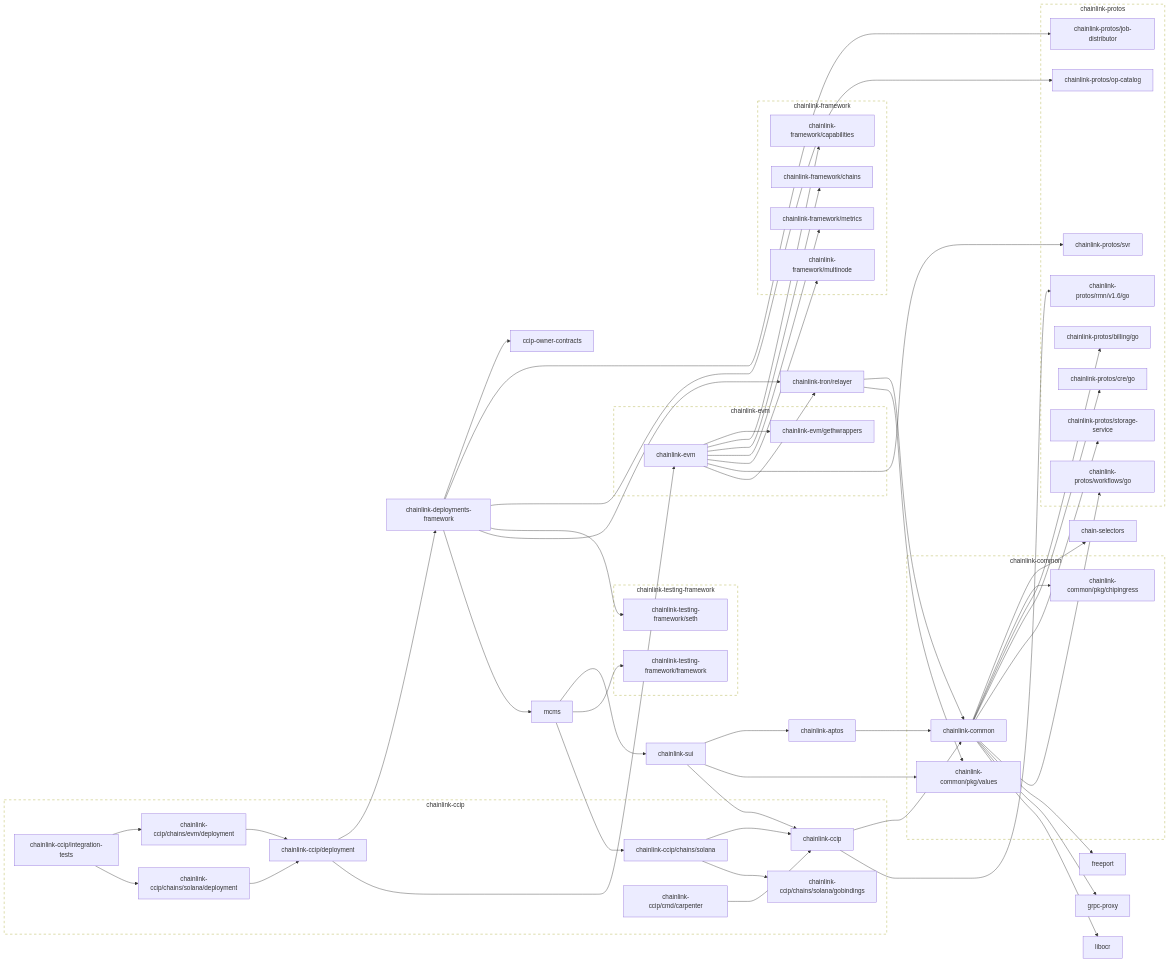
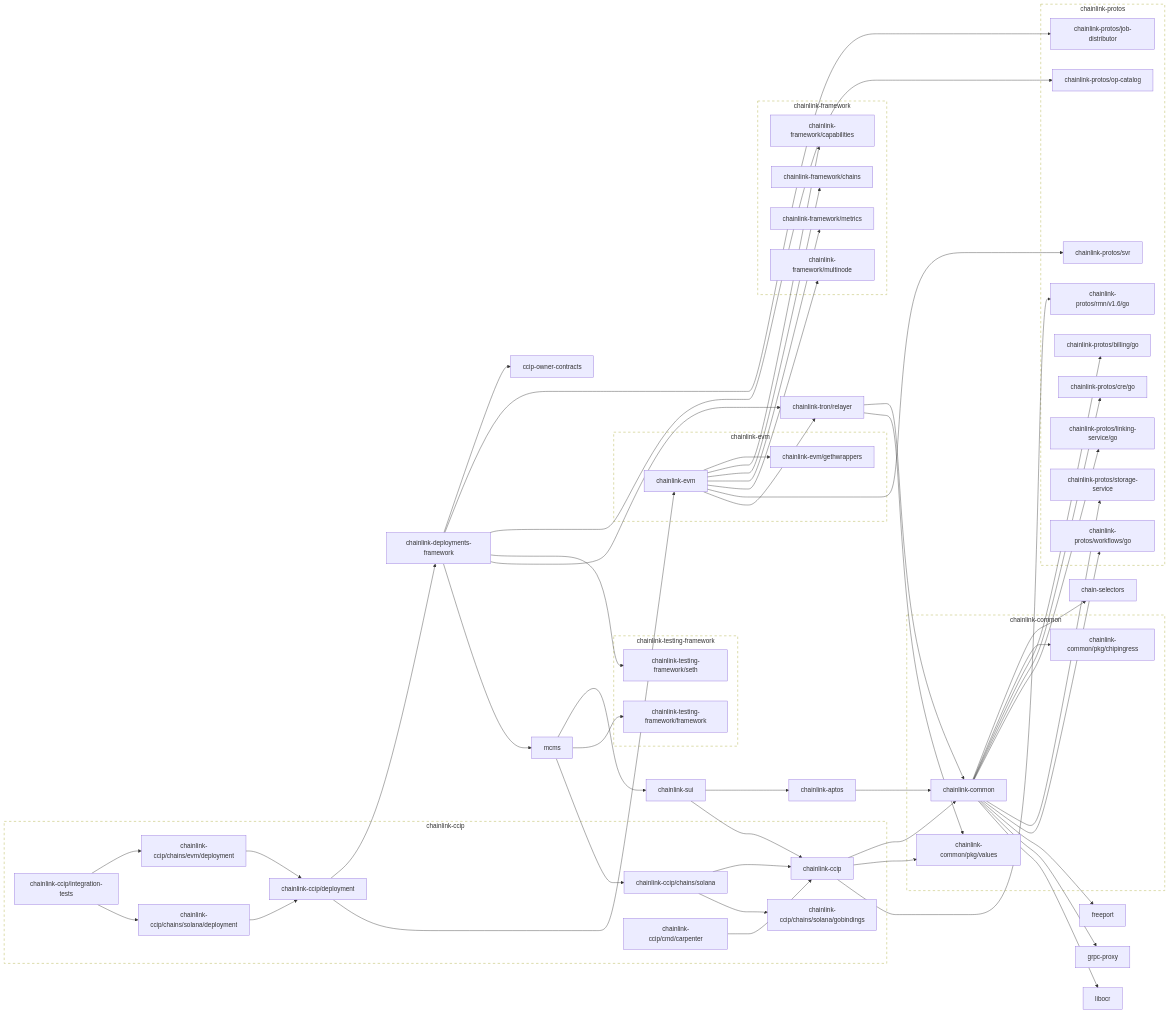
One commit to smartcontractkit/chainlink-ccip changed the second of 2 diagrams in go.md. Above: the diagram before and after it, drawn with Mermaid. The commit also changed 25 other files, not shown here.

```diff
--- a/go.md
+++ b/go.md
@@ -66,6 +66,7 @@
 	chainlink-aptos --> chainlink-common
 	click chainlink-aptos href "https://github.com/smartcontractkit/chainlink-aptos"
 	chainlink-ccip --> chainlink-common
+	chainlink-ccip --> chainlink-common/pkg/values
 	chainlink-ccip --> chainlink-protos/rmn/v1.6/go
 	click chainlink-ccip href "https://github.com/smartcontractkit/chainlink-ccip"
 	chainlink-ccip/chains/evm/deployment --> chainlink-ccip/deployment
@@ -89,6 +90,7 @@
 	chainlink-common --> chainlink-common/pkg/chipingress
 	chainlink-common --> chainlink-protos/billing/go
 	chainlink-common --> chainlink-protos/cre/go
+	chainlink-common --> chainlink-protos/linking-service/go
 	chainlink-common --> chainlink-protos/storage-service
 	chainlink-common --> chainlink-protos/workflows/go
 	chainlink-common --> freeport
@@ -130,6 +132,8 @@
 	click chainlink-protos/cre/go href "https://github.com/smartcontractkit/chainlink-protos"
 	chainlink-protos/job-distributor
 	click chainlink-protos/job-distributor href "https://github.com/smartcontractkit/chainlink-protos"
+	chainlink-protos/linking-service/go
+	click chainlink-protos/linking-service/go href "https://github.com/smartcontractkit/chainlink-protos"
 	chainlink-protos/op-catalog
 	click chainlink-protos/op-catalog href "https://github.com/smartcontractkit/chainlink-protos"
 	chainlink-protos/rmn/v1.6/go
@@ -142,7 +146,6 @@
 	click chainlink-protos/workflows/go href "https://github.com/smartcontractkit/chainlink-protos"
 	chainlink-sui --> chainlink-aptos
 	chainlink-sui --> chainlink-ccip
-	chainlink-sui --> chainlink-common/pkg/values
 	click chainlink-sui href "https://github.com/smartcontractkit/chainlink-sui"
 	chainlink-testing-framework/framework
 	click chainlink-testing-framework/framework href "https://github.com/smartcontractkit/chainlink-testing-framework"
@@ -199,6 +202,7 @@
 		 chainlink-protos/billing/go
 		 chainlink-protos/cre/go
 		 chainlink-protos/job-distributor
+		 chainlink-protos/linking-service/go
 		 chainlink-protos/op-catalog
 		 chainlink-protos/rmn/v1.6/go
 		 chainlink-protos/storage-service
```
